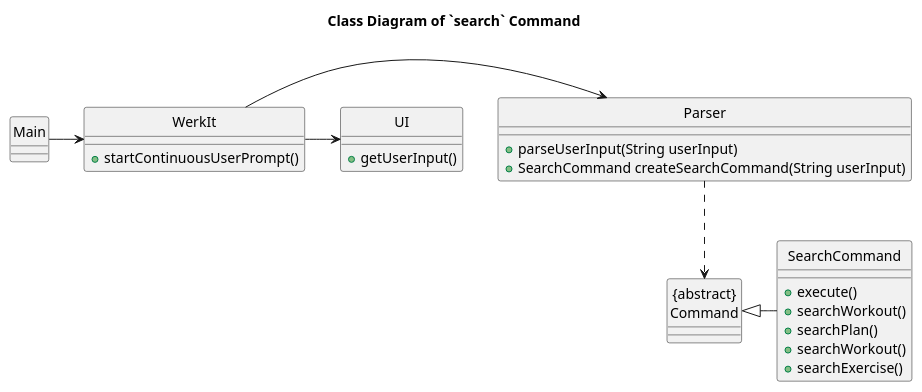
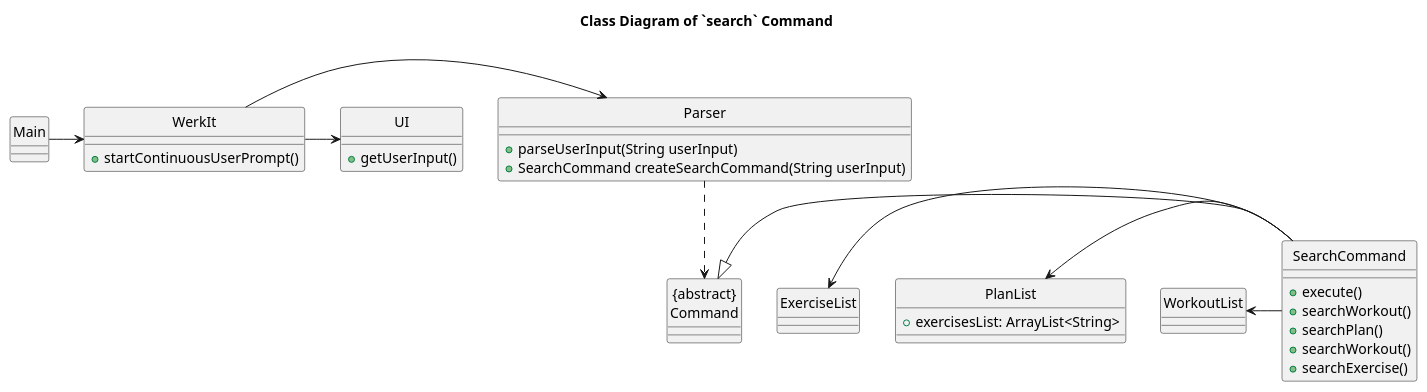
Before and after one commit to nus-cs2113-AY2122S2/tp: the diagram in docs/uml/classDiagrams/Search.puml, drawn with PlantUML.

Commit message:
Update CD for search

```diff
--- a/docs/uml/classDiagrams/Search.puml
+++ b/docs/uml/classDiagrams/Search.puml
@@ -1,39 +1,53 @@
 @startuml
 'https://plantuml.com/class-diagram
 hide circle
+
 title Class Diagram of `search` Command
+
 Main -> WerkIt
 WerkIt -> Parser
 WerkIt -> UI
 "{abstract}\nCommand" <|- SearchCommand
+ExerciseList <- SearchCommand
+PlanList <- SearchCommand
+WorkoutList <- SearchCommand
+Parser ..> "{abstract}\nCommand"
 
-
-Parser ..> "{abstract}\nCommand"
 class WerkIt {
 + startContinuousUserPrompt()
 }
-
 
 class Main {
 
 }
 
 class SearchCommand {
 + execute()
 + searchWorkout()
 + searchPlan()
 + searchWorkout()
 + searchExercise()
 }
 
 class UI {
 + getUserInput()
 }
 
 class Parser {
 + parseUserInput(String userInput)
 + SearchCommand createSearchCommand(String userInput)
 }
 
+class ExerciseList {
+
+}
+
+class WorkoutList {
+
+}
+
+class PlanList {
++ exercisesList: ArrayList<String>
+}
 
 @enduml
```
